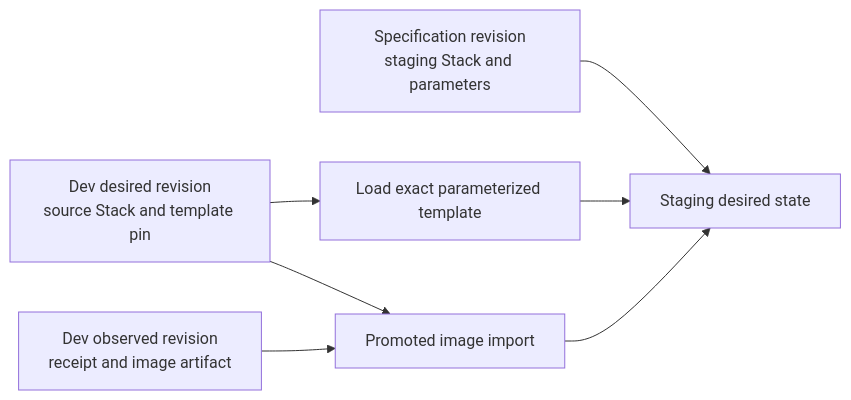
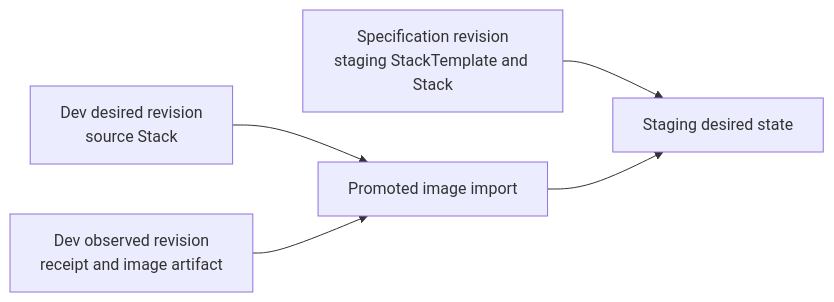
One commit to NiklasRosenstein/gitopsctr changed the diagram in demo/k8s/README.md. Above: the diagram before and after it, drawn with Mermaid. The commit also changed other lines of this file and 81 other files, not shown here.

First line of the commit message:
Complete StackTemplate and Stack orchestration (#5)

````diff
--- a/demo/k8s/README.md
+++ b/demo/k8s/README.md
@@ -12,9 +18,7 @@
 ```mermaid
 flowchart LR
-  specification["Specification revision<br/>staging Stack and parameters"] --> staging["Staging desired state"]
-  desired["Dev desired revision<br/>source Stack and template pin"] --> template["Load exact parameterized template"]
-  template --> staging
-  desired --> import["Promoted image import"]
+  specification["Specification revision<br/>staging StackTemplate and Stack"] --> staging["Staging desired state"]
+  desired["Dev desired revision<br/>source Stack"] --> import["Promoted image import"]
   observed["Dev observed revision<br/>receipt and image artifact"] --> import
   import --> staging
 ```
````
